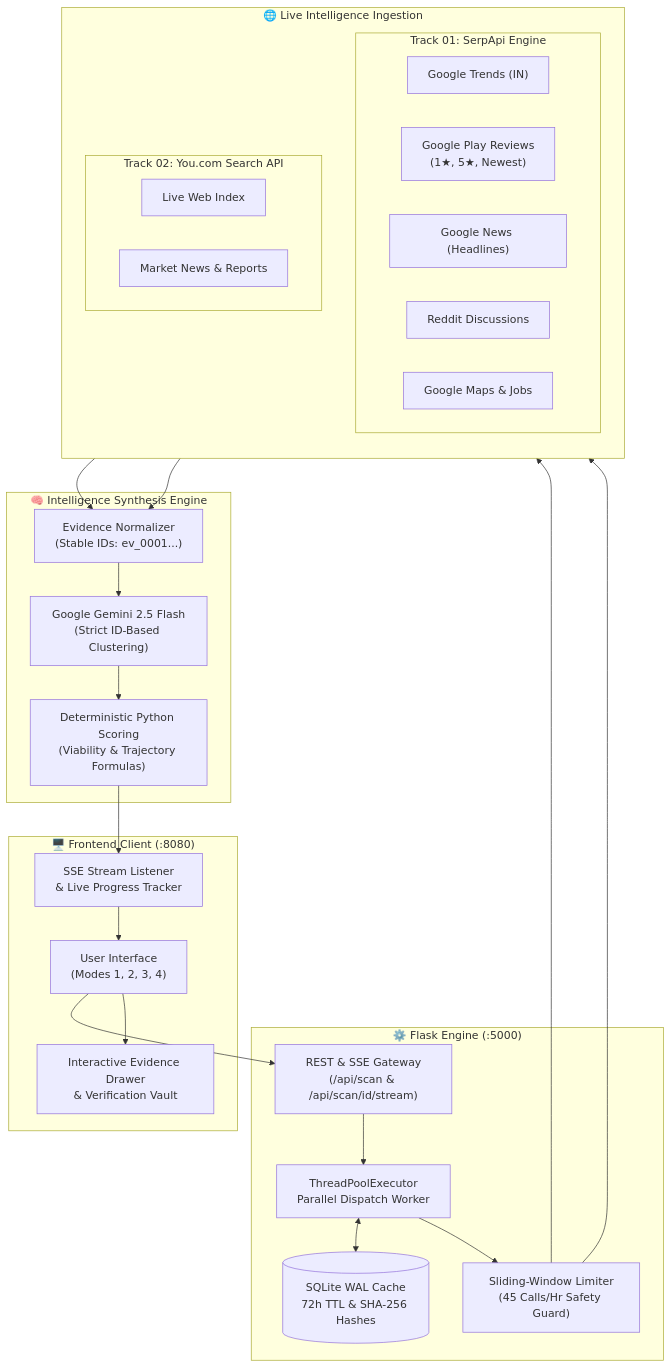
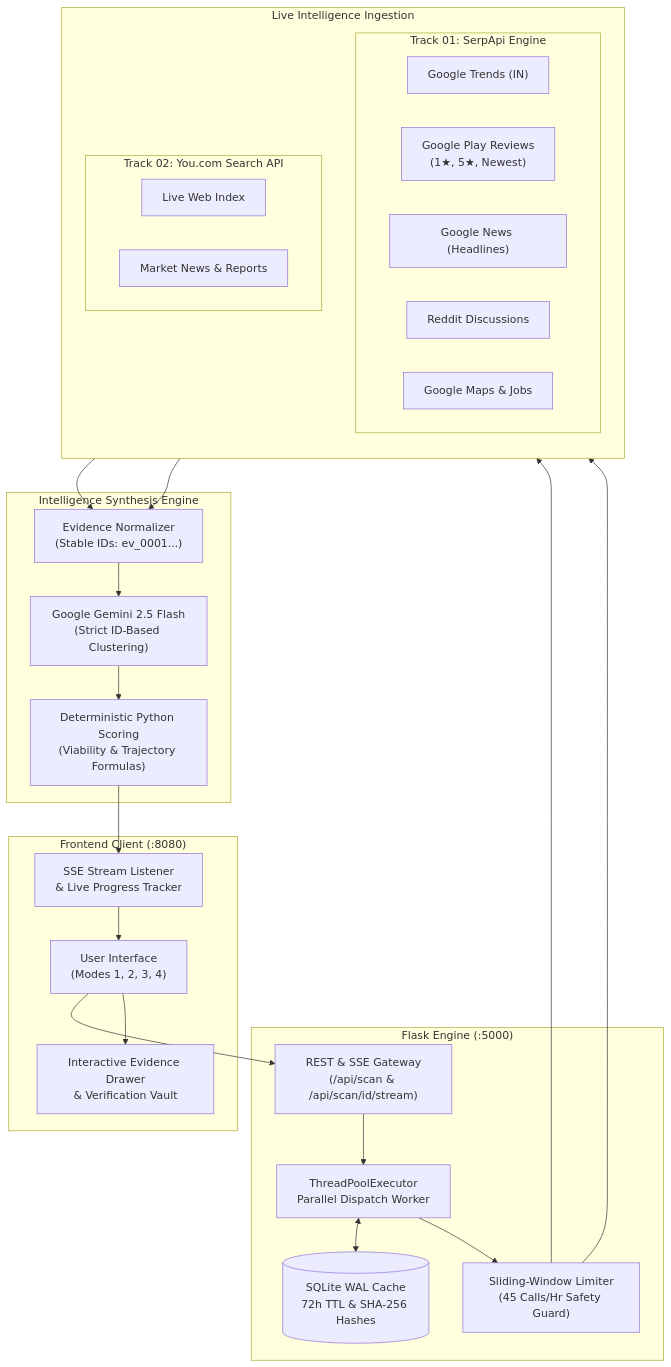
Before and after one commit to Vivekh22/Paytm_Beyond_API: the diagram in README.md, drawn with Mermaid. The commit also changed other lines of this file, not shown here.

````diff
--- a/README.md
+++ b/README.md
@@ -97,48 +71,48 @@
 ```mermaid
 flowchart TD
-    subgraph Client["🖥️ Frontend Client (:8080)"]
+    subgraph Client[" Frontend Client (:8080)"]
         UI["User Interface\n(Modes 1, 2, 3, 4)"]
         SSE["SSE Stream Listener\n& Live Progress Tracker"]
         Drawer["Interactive Evidence Drawer\n& Verification Vault"]
     end
 
-    subgraph Backend["⚙️ Flask Engine (:5000)"]
+    subgraph Backend[" Flask Engine (:5000)"]
         Router["REST & SSE Gateway\n(/api/scan & /api/scan/id/stream)"]
         Pool["ThreadPoolExecutor\nParallel Dispatch Worker"]
         Cache[("SQLite WAL Cache\n72h TTL & SHA-256 Hashes")]
         Limiter["Sliding-Window Limiter\n(45 Calls/Hr Safety Guard)"]
     end
 
-    subgraph Providers["🌐 Live Intelligence Ingestion"]
+    subgraph Providers[" Live Intelligence Ingestion"]
         direction TB
         subgraph Track1["Track 01: SerpApi Engine"]
             GT["Google Trends (IN)"]
             GP["Google Play Reviews\n(1★, 5★, Newest)"]
             GN["Google News (Headlines)"]
             GR["Reddit Discussions"]
             GM["Google Maps & Jobs"]
         end
         subgraph Track2["Track 02: You.com Search API"]
             YW["Live Web Index"]
             YN["Market News & Reports"]
         end
     end
 
-    subgraph Core["🧠 Intelligence Synthesis Engine"]
+    subgraph Core[" Intelligence Synthesis Engine"]
         Normalizer["Evidence Normalizer\n(Stable IDs: ev_0001...)"]
         Gemini["Google Gemini 2.5 Flash\n(Strict ID-Based Clustering)"]
         Math["Deterministic Python Scoring\n(Viability & Trajectory Formulas)"]
     end
 
     UI --> Router
     Router --> Pool
     Pool <--> Cache
     Pool --> Limiter
     Limiter --> Track1 & Track2
     Track1 & Track2 --> Normalizer
     Normalizer --> Gemini
     Gemini --> Math
     Math --> SSE
     SSE --> UI
     UI --> Drawer
 ```
````
